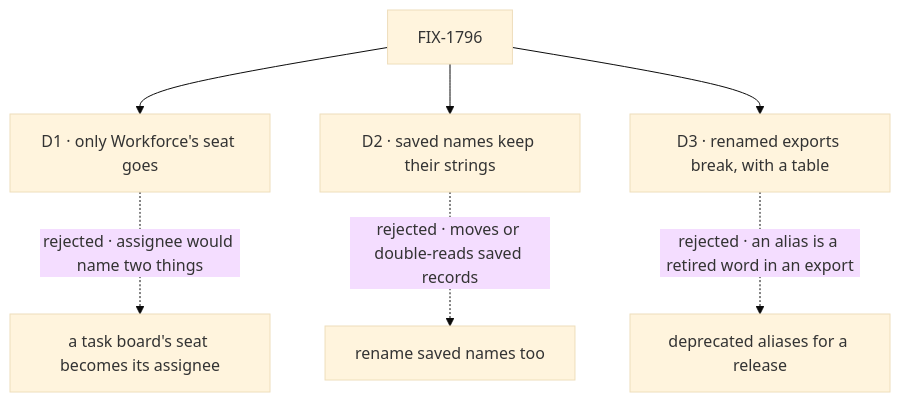
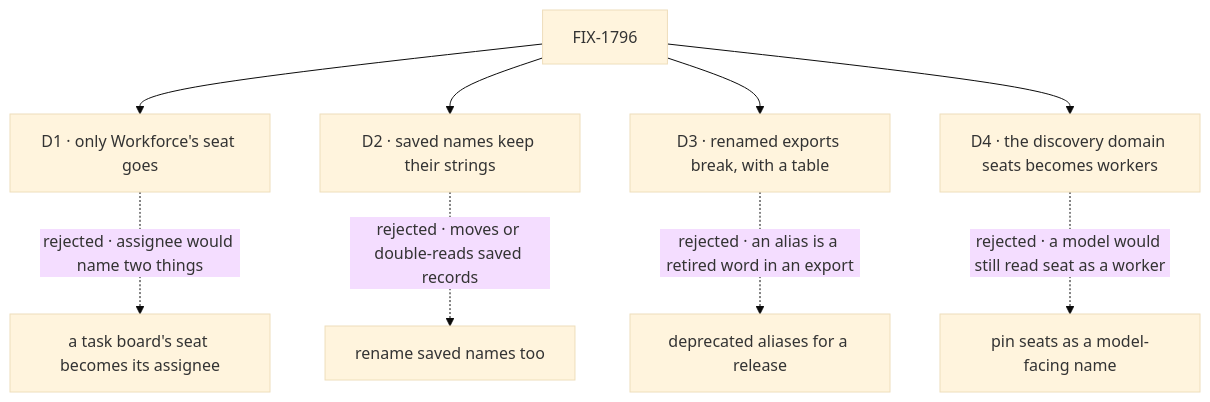
One commit to fixpoint-labs/flow-state-dev changed the diagram in specs/issues/FIX-1796/DECISIONS.md. Above: the diagram before and after it, drawn with Mermaid (base theme). The commit also changed other lines of this file and 9 other files, not shown here.

First line of the commit message:
spec(FIX-1796): the seats discovery domain becomes workers (D4)

````diff
--- a/specs/issues/FIX-1796/DECISIONS.md
+++ b/specs/issues/FIX-1796/DECISIONS.md
@@ -11,9 +11,11 @@
 ```mermaid
 flowchart TD
   I["FIX-1796"] --> D1["D1 · only Workforce's seat goes"]
   D1 -.->|"rejected · assignee would name two things"| X1["a task board's seat becomes its assignee"]
   I --> D2["D2 · saved names keep their strings"]
   D2 -.->|"rejected · moves or double-reads saved records"| X2["rename saved names too"]
   I --> D3["D3 · renamed exports break, with a table"]
   D3 -.->|"rejected · an alias is a retired word in an export"| X3["deprecated aliases for a release"]
+  I --> D4["D4 · the discovery domain seats becomes workers"]
+  D4 -.->|"rejected · a model would still read seat as a worker"| X4["pin seats as a model-facing name"]
 ```
````
